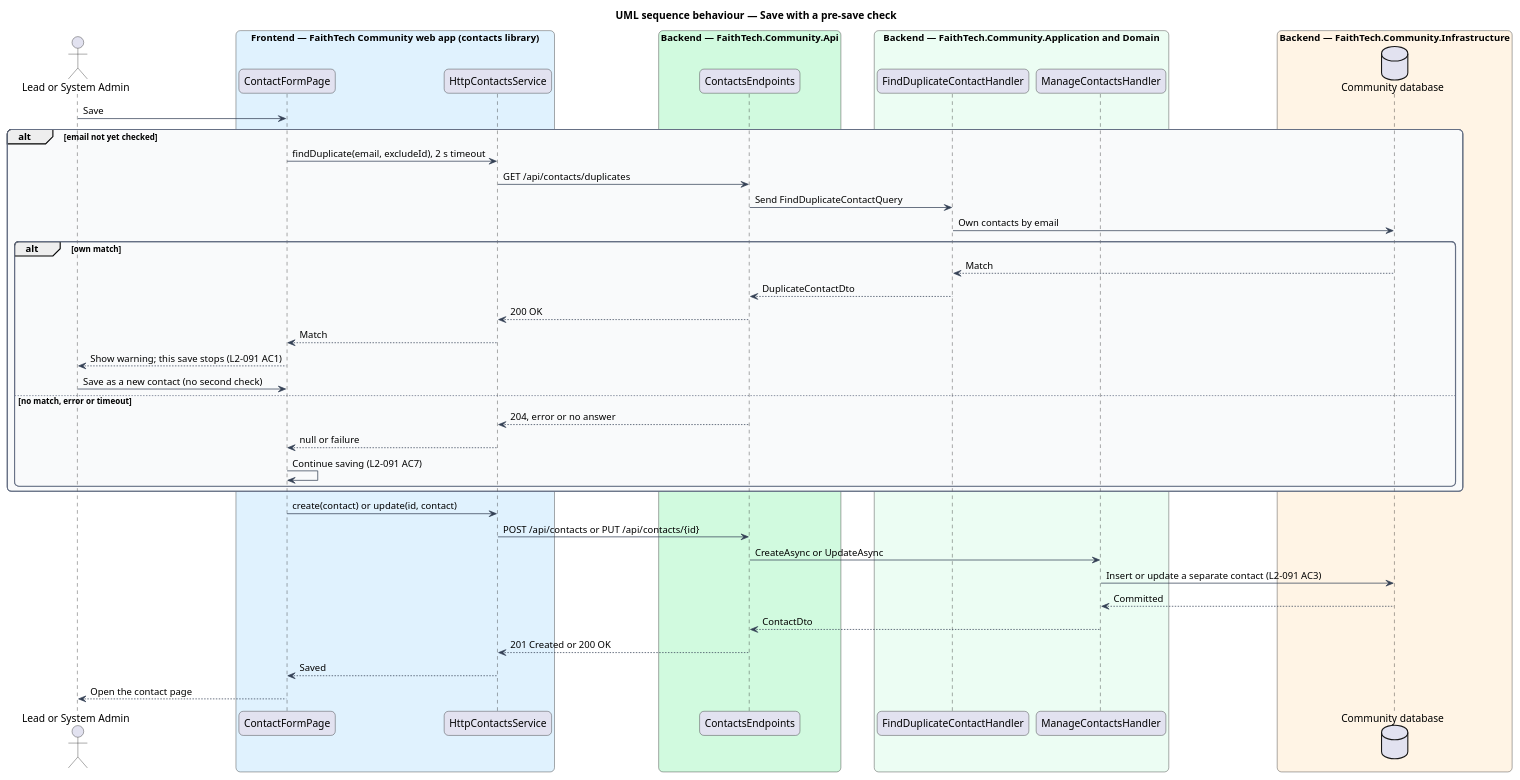
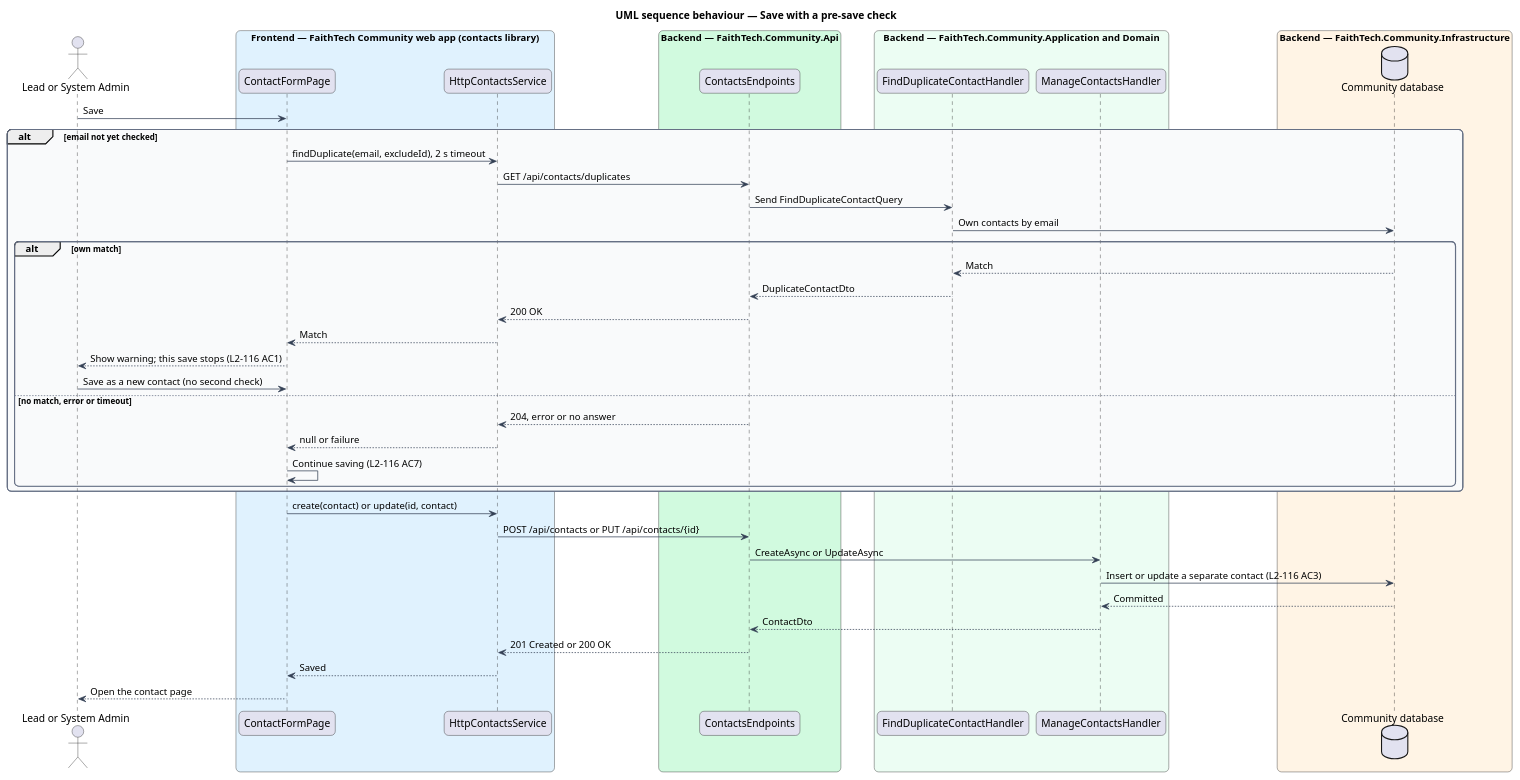
The diagram in docs/detailed-designs/contacts/possible-duplicate-contact/diagrams/sequence-save-with-check.puml (QuinntyneBrown/faithtech-community), drawn with PlantUML before and after one commit. The commit also changed 243 other files, not shown here.

```diff
--- a/docs/detailed-designs/contacts/possible-duplicate-contact/diagrams/sequence-save-with-check.puml
+++ b/docs/detailed-designs/contacts/possible-duplicate-contact/diagrams/sequence-save-with-check.puml
@@ -1,61 +1,61 @@
 @startuml
 title UML sequence behaviour — Save with a pre-save check
 skinparam backgroundColor #FFFFFF
 skinparam shadowing false
 skinparam roundcorner 12
 skinparam defaultFontName Arial
 skinparam ArrowColor #344054
 skinparam rectangle {
   BorderColor #344054
   FontColor #101828
 }
 skinparam package {
   BorderColor #667085
   FontColor #101828
   BackgroundColor #F9FAFB
 }
 actor "Lead or System Admin" as actor
 box "Frontend — FaithTech Community web app (contacts library)" #E0F2FE
   participant "ContactFormPage" as page
   participant "HttpContactsService" as svc
 end box
 box "Backend — FaithTech.Community.Api" #D1FADF
   participant "ContactsEndpoints" as ep
 end box
 box "Backend — FaithTech.Community.Application and Domain" #ECFDF3
   participant "FindDuplicateContactHandler" as dup
   participant "ManageContactsHandler" as save
 end box
 box "Backend — FaithTech.Community.Infrastructure" #FFF4E5
   database "Community database" as db
 end box
 
 actor -> page : Save
 alt email not yet checked
   page -> svc : findDuplicate(email, excludeId), 2 s timeout
   svc -> ep : GET /api/contacts/duplicates
   ep -> dup : Send FindDuplicateContactQuery
   dup -> db : Own contacts by email
   alt own match
     db --> dup : Match
     dup --> ep : DuplicateContactDto
     ep --> svc : 200 OK
     svc --> page : Match
-    page --> actor : Show warning; this save stops (L2-091 AC1)
+    page --> actor : Show warning; this save stops (L2-116 AC1)
     actor -> page : Save as a new contact (no second check)
   else no match, error or timeout
     ep --> svc : 204, error or no answer
     svc --> page : null or failure
-    page -> page : Continue saving (L2-091 AC7)
+    page -> page : Continue saving (L2-116 AC7)
   end
 end
 page -> svc : create(contact) or update(id, contact)
 svc -> ep : POST /api/contacts or PUT /api/contacts/{id}
 ep -> save : CreateAsync or UpdateAsync
-save -> db : Insert or update a separate contact (L2-091 AC3)
+save -> db : Insert or update a separate contact (L2-116 AC3)
 db --> save : Committed
 save --> ep : ContactDto
 ep --> svc : 201 Created or 200 OK
 svc --> page : Saved
 page --> actor : Open the contact page
 @enduml
```
